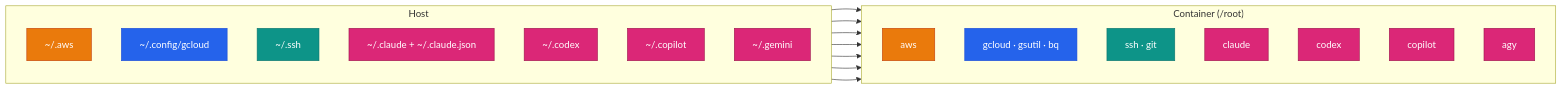
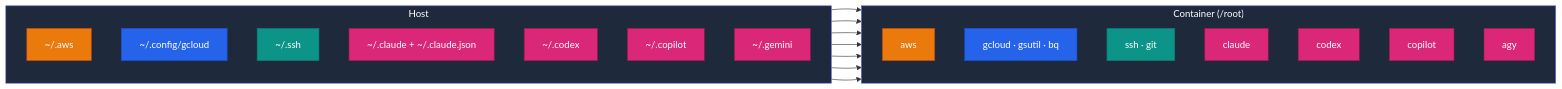
The diagram in docs/use-images/authentication.md (jinalshah/devops-images), drawn with Mermaid before and after one commit. The commit also changed 6 other files, not shown here.

First line of the commit message:
Finish docs accuracy and visual pass; make diagrams readable

````diff
--- a/docs/use-images/authentication.md
+++ b/docs/use-images/authentication.md
@@ -43,39 +43,41 @@
 ```mermaid
 flowchart LR
   subgraph Host
     direction TB
     HA["~/.aws"]
     HG["~/.config/gcloud"]
     HS["~/.ssh"]
     HC["~/.claude + ~/.claude.json"]
     HX["~/.codex"]
     HP["~/.copilot"]
     HM["~/.gemini"]
   end
   subgraph Container["Container (/root)"]
     direction TB
     CA["aws"]
     CG["gcloud · gsutil · bq"]
     CS["ssh · git"]
     CC["claude"]
     CX["codex"]
     CP["copilot"]
     CM["agy"]
   end
   HA --> CA
   HG --> CG
   HS --> CS
   HC --> CC
   HX --> CX
   HP --> CP
   HM --> CM
 
   classDef aws fill:#ea7a0c,stroke:#c2410c,color:#fff
   classDef gcp fill:#2563eb,stroke:#1d4ed8,color:#fff
   classDef base fill:#0d9488,stroke:#0f766e,color:#fff
   classDef ai fill:#db2777,stroke:#9d174d,color:#fff
   class HA,CA aws
   class HG,CG gcp
   class HS,CS base
   class HC,HX,HP,HM,CC,CX,CP,CM ai
+  style Host fill:#1e293b,stroke:#6366f1,color:#fff
+  style Container fill:#1e293b,stroke:#6366f1,color:#fff
 ```
````
